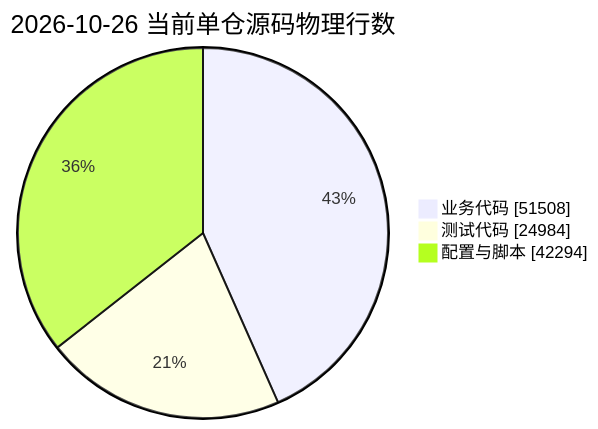
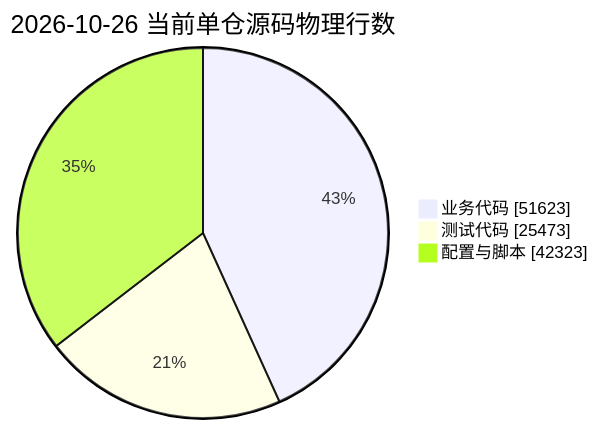
One commit to JobsKits/MacOS_Extension changed the third of 3 diagrams in README.md. Above: the diagram before and after it, drawn with Mermaid. The commit also changed other lines of this file and 26 other files, not shown here.

````diff
--- a/README.md
+++ b/README.md
@@ -502,7 +503,7 @@
 ```mermaid
 pie showData
     title 2026-10-26 当前单仓源码物理行数
-    "业务代码" : 51508
-    "测试代码" : 24984
-    "配置与脚本" : 42294
+    "业务代码" : 51623
+    "测试代码" : 25473
+    "配置与脚本" : 42323
 ```
````
